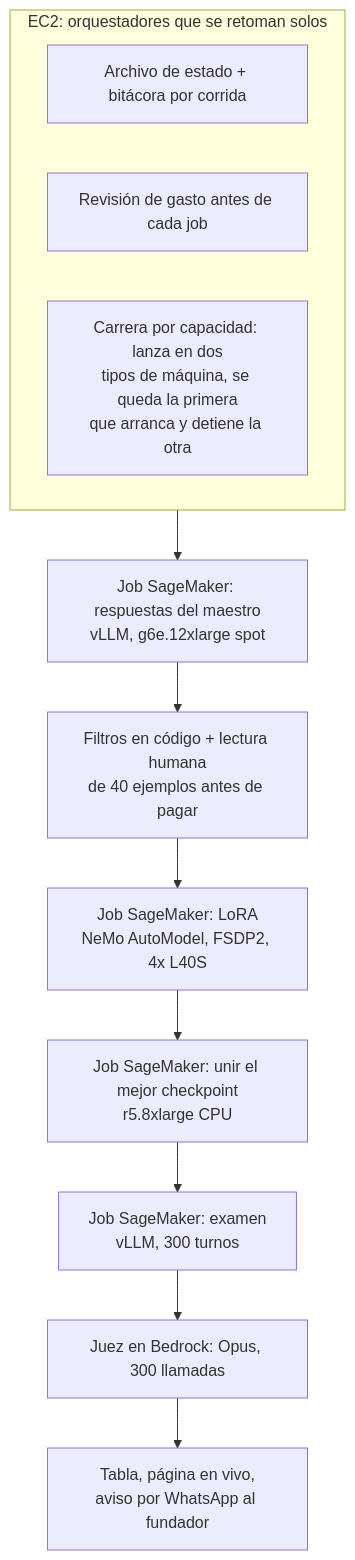
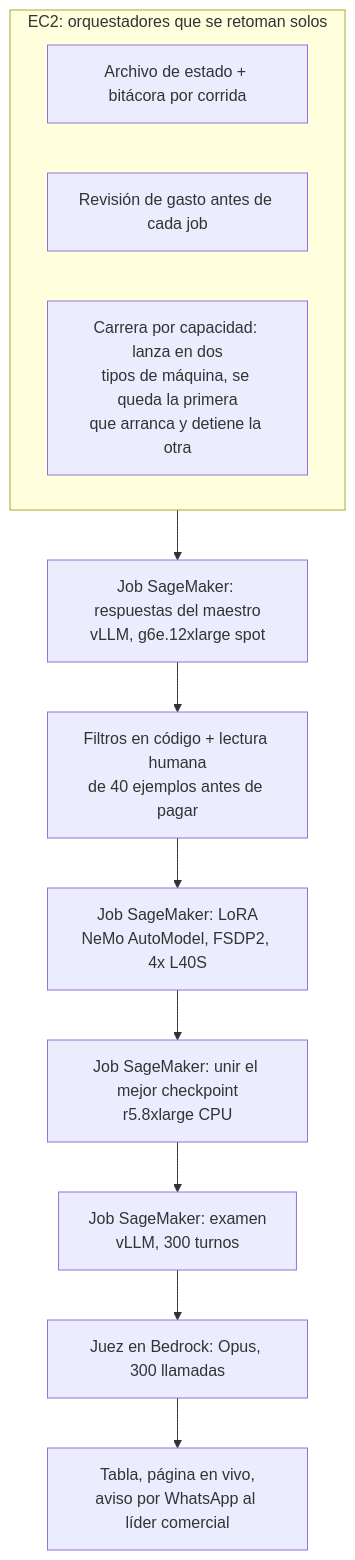
Before and after one commit to victorgalloo/superleads-ai-aws-nvidia: the second of 2 diagrams in docs/es/training-and-evaluation.md, drawn with Mermaid. The commit also changed 12 other files, not shown here.

````diff
--- a/docs/es/training-and-evaluation.md
+++ b/docs/es/training-and-evaluation.md
@@ -67,15 +67,15 @@
 ```mermaid
 flowchart TB
   subgraph Orquestador[EC2: orquestadores que se retoman solos]
     O1[Archivo de estado + bitácora por corrida]
     O2[Revisión de gasto antes de cada job]
     O3[Carrera por capacidad: lanza en dos<br/>tipos de máquina, se queda la primera<br/>que arranca y detiene la otra]
   end
   Orquestador --> T1[Job SageMaker: respuestas del maestro<br/>vLLM, g6e.12xlarge spot]
   T1 --> F[Filtros en código + lectura humana<br/>de 40 ejemplos antes de pagar]
   F --> T2[Job SageMaker: LoRA<br/>NeMo AutoModel, FSDP2, 4x L40S]
   T2 --> T3[Job SageMaker: unir el mejor checkpoint<br/>r5.8xlarge CPU]
   T3 --> T4[Job SageMaker: examen<br/>vLLM, 300 turnos]
   T4 --> J[Juez en Bedrock: Opus, 300 llamadas]
-  J --> TB[Tabla, página en vivo,<br/>aviso por WhatsApp al fundador]
+  J --> TB[Tabla, página en vivo,<br/>aviso por WhatsApp al líder comercial]
 ```
````
